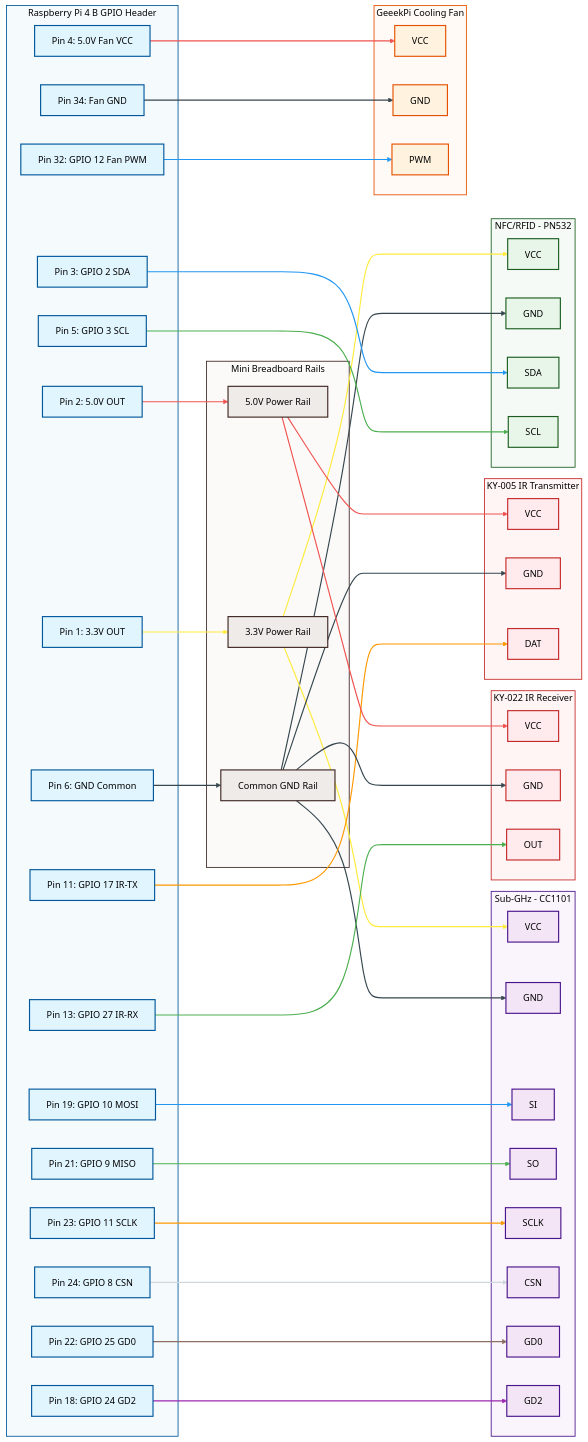
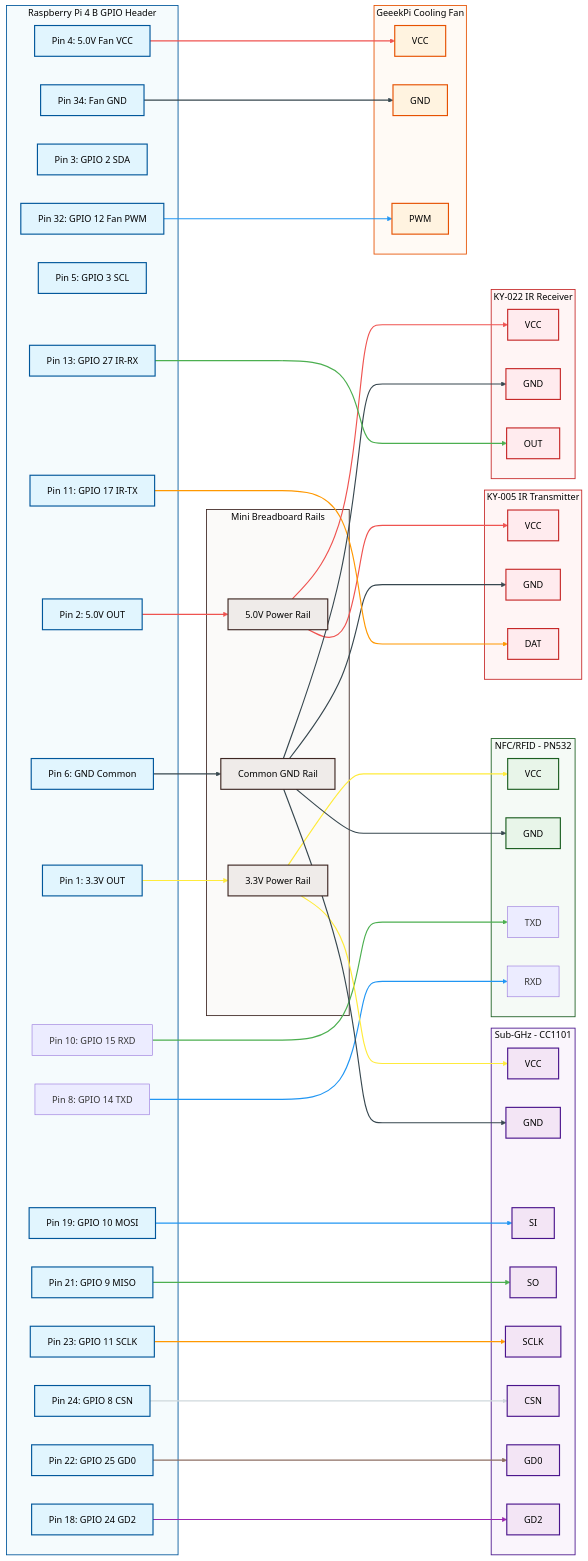
The diagram in WIRING.md (jhannesreimann/chonkyflipper), drawn with Mermaid before and after one commit. The commit also changed other lines of this file and 1 other file, not shown here.

First line of the commit message:
Update docs for PN532 UART/HSU mode wiring and libnfc toolchain

```diff
--- a/WIRING.md
+++ b/WIRING.md
@@ -58,6 +58,8 @@
         PIN4[Pin 4: 5.0V Fan VCC]
         PIN5[Pin 5: GPIO 3 SCL]
         PIN6[Pin 6: GND Common]
+        PIN8_UART[Pin 8: GPIO 14 TXD]
+        PIN10_UART[Pin 10: GPIO 15 RXD]
         PIN11[Pin 11: GPIO 17 IR-TX]
         PIN13[Pin 13: GPIO 27 IR-RX]
         PIN18[Pin 18: GPIO 24 GD2]
@@ -81,8 +83,8 @@
     subgraph NFC [NFC/RFID - PN532]
         PN_VCC[VCC]
         PN_GND[GND]
-        PN_SDA[SDA]
-        PN_SCL[SCL]
+        PN_TXD[TXD]
+        PN_RXD[RXD]
     end
 
     subgraph SubGHz [Sub-GHz - CC1101]
@@ -124,11 +126,11 @@
     PIN34 ===> Fan_GND
     PIN32 ===> Fan_PWM
 
-    %% PN532 Connections (Power/GND via Breadboard, Signals from Pi)
+    %% PN532 Connections (Power/GND via Breadboard, UART from Pi GPIO 14/15)
     VCC3 ---> PN_VCC
     GND ---> PN_GND
-    PIN3 ---> PN_SDA
-    PIN5 ---> PN_SCL
+    PIN8_UART[Pin 8: GPIO 14 TXD] ---> PN_RXD
+    PIN10_UART[Pin 10: GPIO 15 RXD] ---> PN_TXD
 
     %% CC1101 Connections (Power/GND via Breadboard, Signals from Pi)
     VCC3 ---> CC_VCC
```
